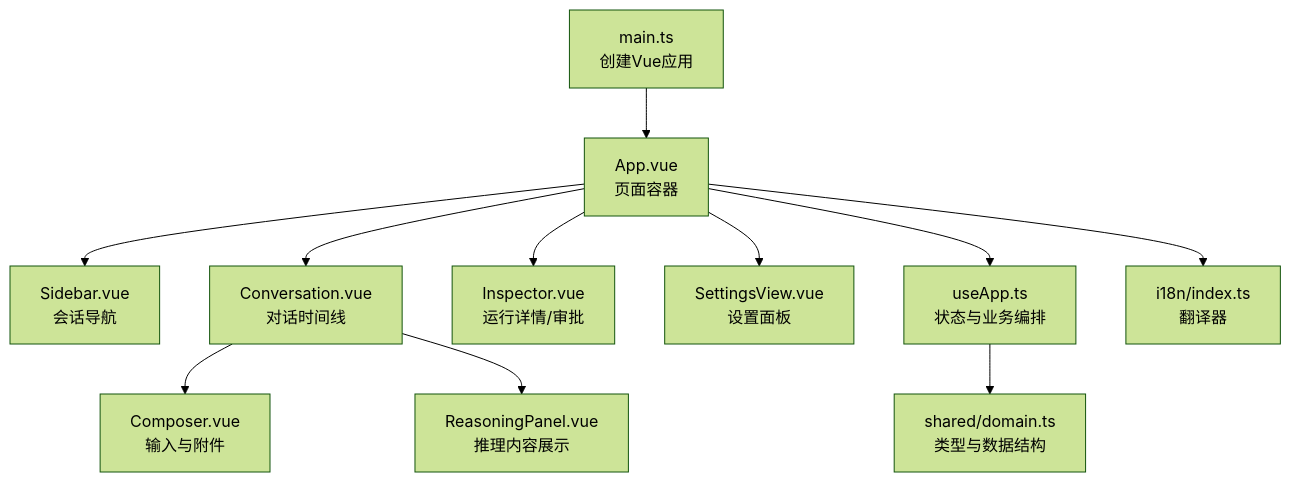
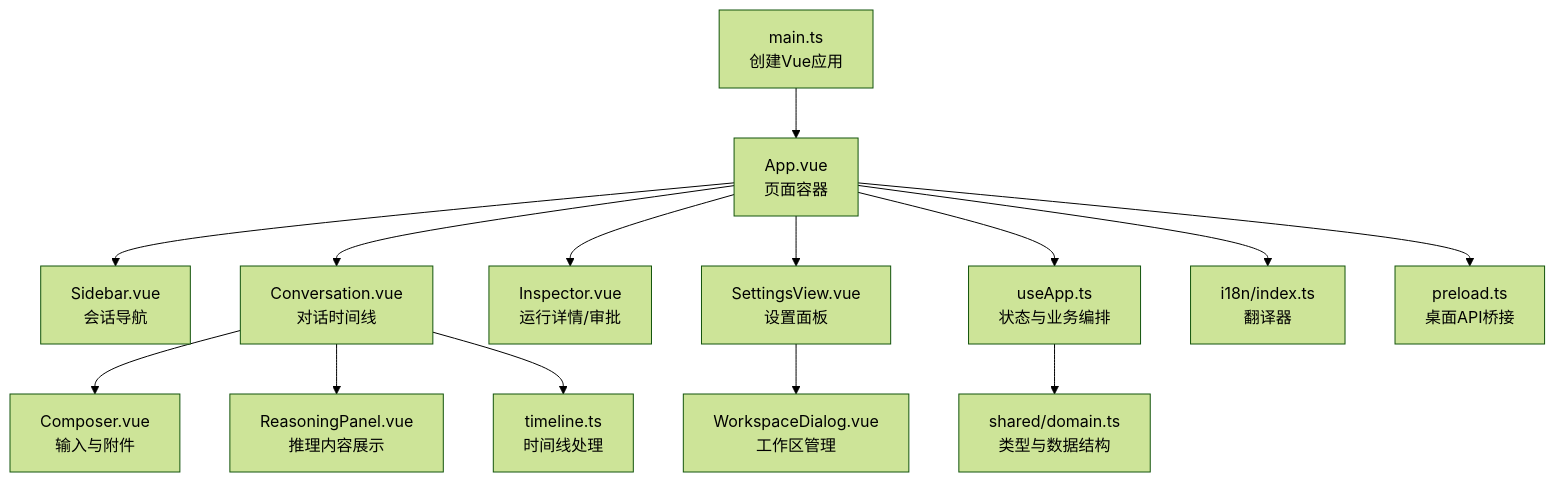
The first of 4 diagrams in .qoder/repowiki/zh/content/核心模块/渲染进程/渲染进程.md (dyx-9163/ai-aifar), drawn with Mermaid (forest theme) before and after one commit. The commit also changed other lines of this file and 37 other files, not shown here.

````diff
--- a/.qoder/repowiki/zh/content/核心模块/渲染进程/渲染进程.md
+++ b/.qoder/repowiki/zh/content/核心模块/渲染进程/渲染进程.md
@@ -37,13 +51,16 @@
 ```mermaid
 graph TB
 A["main.ts<br/>创建Vue应用"] --> B["App.vue<br/>页面容器"]
 B --> C["Sidebar.vue<br/>会话导航"]
 B --> D["Conversation.vue<br/>对话时间线"]
 B --> E["Inspector.vue<br/>运行详情/审批"]
 B --> F["SettingsView.vue<br/>设置面板"]
 D --> G["Composer.vue<br/>输入与附件"]
 D --> H["ReasoningPanel.vue<br/>推理内容展示"]
 B --> I["useApp.ts<br/>状态与业务编排"]
 I --> J["shared/domain.ts<br/>类型与数据结构"]
 B --> K["i18n/index.ts<br/>翻译器"]
+D --> L["timeline.ts<br/>时间线处理"]
+B --> M["preload.ts<br/>桌面API桥接"]
+F --> N["WorkspaceDialog.vue<br/>工作区管理"]
 ```
````
